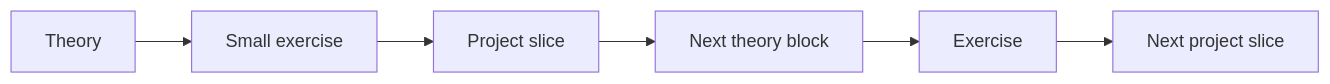
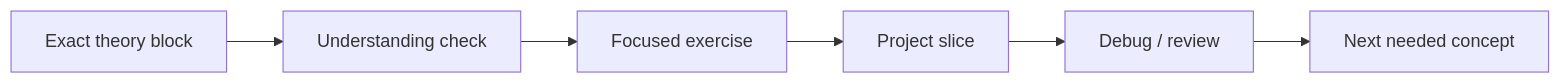
One commit to Ramzes8981/project-based-learning changed the first of 2 diagrams in SYSTEMS_ENGINEERING_ROADMAP.md. Above: the diagram before and after it, drawn with Mermaid. The commit also changed other lines of this file, not shown here.

Commit message:
align high-level roadmap with audited course

````diff
--- a/SYSTEMS_ENGINEERING_ROADMAP.md
+++ b/SYSTEMS_ENGINEERING_ROADMAP.md
@@ -38,8 +34,8 @@
 ```mermaid
 flowchart LR
-    T[Theory] --> E[Small exercise]
+    T[Exact theory block] --> Q[Understanding check]
+    Q --> E[Focused exercise]
     E --> P[Project slice]
-    P --> N[Next theory block]
-    N --> E2[Exercise]
-    E2 --> P2[Next project slice]
+    P --> R[Debug / review]
+    R --> N[Next needed concept]
 ```
````
